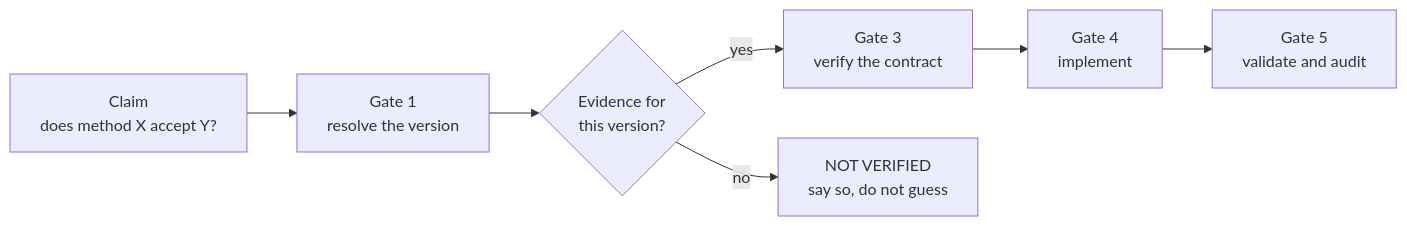
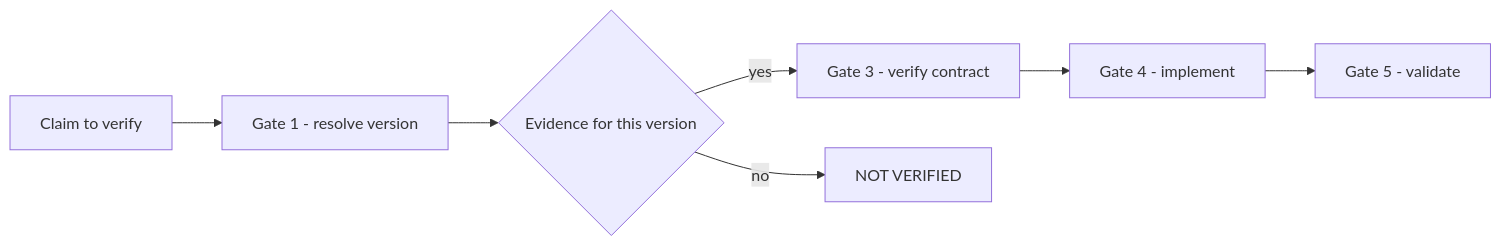
The diagram in README.md (Reda3D/API-Reality-Guard), drawn with Mermaid before and after one commit.

Commit message:
Fix the Mermaid diagram, which GitHub refused to render
The labels used <br/> inside quoted strings. GitHub's sanitizer strips the tag
and the resulting node text no longer parses, so the page showed 'Unable to
render rich display' with the raw source underneath -- a worse outcome than no
diagram at all.

Replaced with plain labels and standard edge syntax. Verified by rendering the
exact block through Mermaid 11 in a browser before pushing.

````diff
--- a/README.md
+++ b/README.md
@@ -37,9 +37,9 @@
 ```mermaid
 flowchart LR
-    A["Claim<br/>does method X accept Y?"] --> B["Gate 1<br/>resolve the version"]
-    B --> C{"Evidence for<br/>this version?"}
-    C -- yes --> D["Gate 3<br/>verify the contract"]
-    C -- no --> E["NOT VERIFIED<br/>say so, do not guess"]
-    D --> F["Gate 4<br/>implement"]
-    F --> G["Gate 5<br/>validate and audit"]
+    A[Claim to verify] --> B[Gate 1 - resolve version]
+    B --> C{Evidence for this version}
+    C -->|yes| D[Gate 3 - verify contract]
+    C -->|no| E[NOT VERIFIED]
+    D --> F[Gate 4 - implement]
+    F --> G[Gate 5 - validate]
 ```
````
